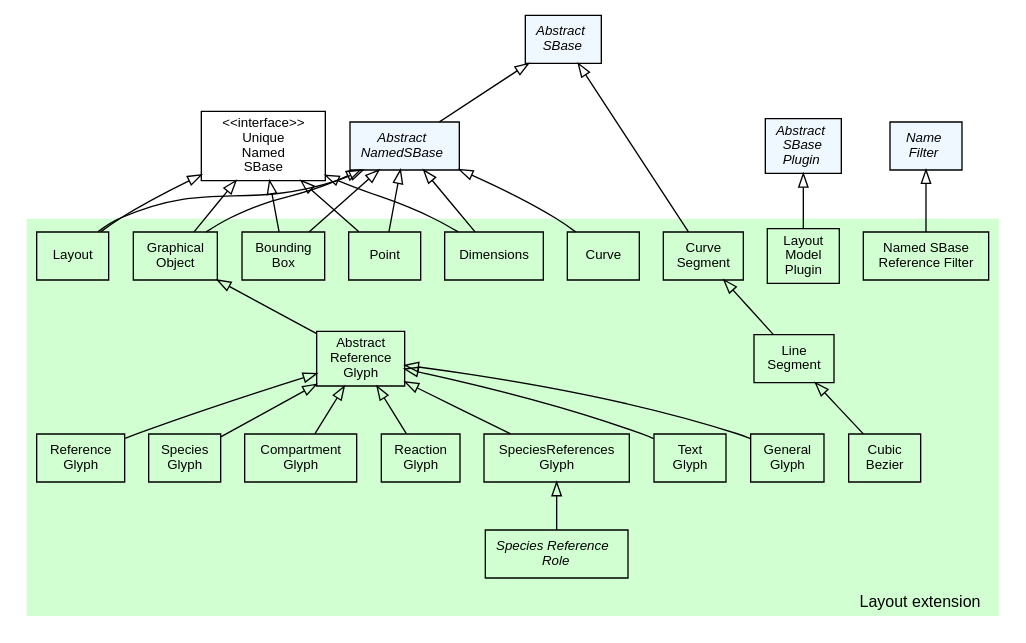
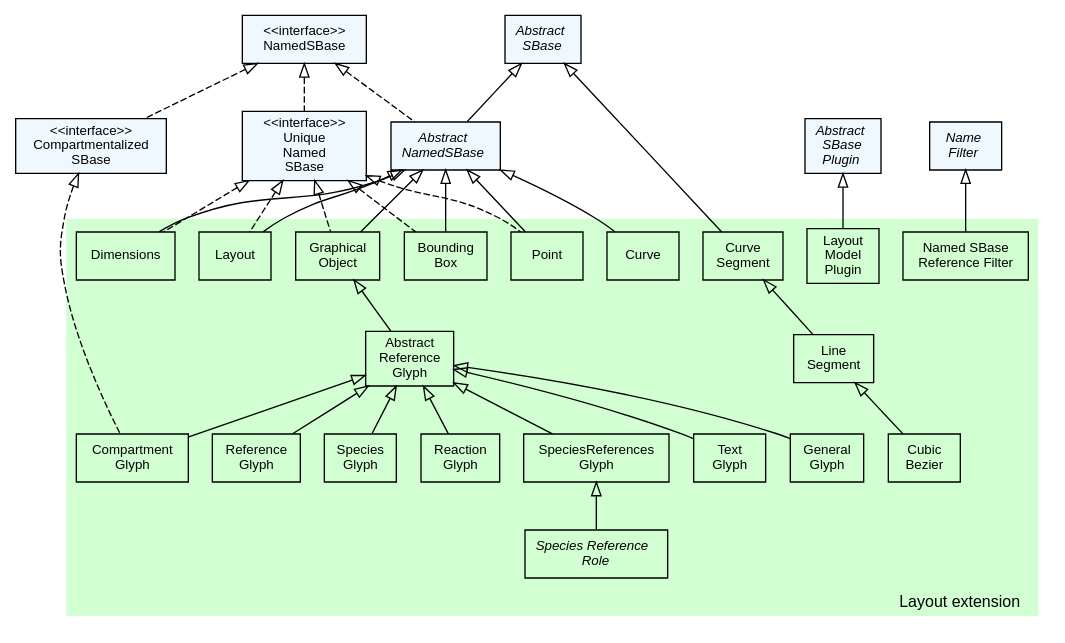
One commit to ChavaVennela/jsbml changed the diagram in extensions/layout/doc/img/type_hierarchy.dot. Above: the diagram before and after it, drawn with Graphviz. The commit also changed 54 other files, not shown here.

```diff
--- a/extensions/layout/doc/img/type_hierarchy.dot
+++ b/extensions/layout/doc/img/type_hierarchy.dot
@@ -1,127 +1,131 @@
 #!/usr/local/bin/dot
 #
 # dot -Tpdf type_hierarchy.dot -otype_hierarchy.pdf && acroread type_hierarchy.pdf &
 # dot -Tpng type_hierarchy.dot -otype_hierarchy.png
 #
 # $Id$
 # $URL$
 # $Rev$
 
 /*
  * Overview of the layout extension type hierarchy
  */
 
 strict digraph G{
 
 	 nodesep=0.25;
 	 ranksep=0.5;
 
 	 edge [
 	   fontname="Helvetica",
 	   fontsize=10,
 	   labelfontname="Helvetica",
 	   labelfontsize=10
 	 ];
 	 node [
 	   fontname="Helvetica",
 	   fontsize=10,
 	   shape=box
 	 ];
 
  	/*
  	 * Interfaces
  	 */
- 	
- 	UniqueNamedSBase                               [label="<<interface>>\nUnique\nNamed\nSBase"];
+ 	CompartmentalizedSBase                 [label="<<interface>>\nCompartmentalized\nSBase", style="filled", fillcolor="#F0F8FF"];
+ 	NamedSBase                             [label="<<interface>>\nNamedSBase", style="filled", fillcolor="#F0F8FF"];
+ 	UniqueNamedSBase                       [label="<<interface>>\nUnique\nNamed\nSBase", style="filled", fillcolor="#F0F8FF"];
 
 	 
-   /*
+  /*
    * Abstract data types
    */
   AbstractNamedSBase                       [label=<<font face="Helvetica-Oblique">Abstract<br/>NamedSBase</font>>, style="filled", fillcolor="#F0F8FF"];
   AbstractSBase                            [label=<<font face="Helvetica-Oblique">Abstract<br/>SBase</font>>, style="filled", fillcolor="#F0F8FF"];
   AbstractSBasePlugin                      [label=<<font face="Helvetica-Oblique">Abstract<br/>SBase<br/>Plugin</font>>, style="filled", fillcolor="#F0F8FF"];
   NameFilter		                       [label=<<font face="Helvetica-Oblique">Name<br/>Filter</font>>, style="filled", fillcolor="#F0F8FF"];
   
   
   /*********************
    * Inheritance graph *
    *********************/
   
   AbstractSBase -> AbstractNamedSBase      [dir=back,arrowtail=empty];
   
    
   subgraph clusterLayout {
     fontname="Helvetica";
     fontsize=12;
     style="filled";
     fillcolor="#d2ffd2"
     color="#ffffff"
     label="Layout extension";
     labelloc=b;
     labeljust=r;
 
     // Interfaces
 
     // Enums
     SpeciesReferenceRole                   [label=<<font face="Helvetica-Oblique">Species Reference<br/>Role</font>>];
     
     // Objects
     BoundingBox                            [label="Bounding\nBox"];
     CompartmentGlyph                       [label="Compartment\nGlyph"];
     CubicBezier                            [label="Cubic\nBezier"];
     Curve                                  [label="Curve"];
     CurveSegment                           [label="Curve\nSegment"];
     Dimensions                             [label="Dimensions"];
     LayoutModelPlugin                      [label="Layout\nModel\nPlugin"];
     GraphicalObject                        [label="Graphical\nObject"];
     Layout                                 [label="Layout"];
     LineSegment                            [label="Line\nSegment"];
     Point                                  [label="Point"];
     ReactionGlyph                          [label="Reaction\nGlyph"];
     SpeciesReferencesGlyph                 [label="SpeciesReferences\nGlyph"];
     TextGlyph                              [label="Text\nGlyph"];
     AbstractReferenceGlyph                 [label="Abstract\nReference\nGlyph"];
     GeneralGlyph                           [label="General\nGlyph"];
     ReferenceGlyph                         [label="Reference\nGlyph"];
     SpeciesGlyph                           [label="Species\nGlyph"];
     NamedSBaseReferenceFilter              [label="Named SBase\nReference Filter"];
                 
     /*
      * Inheritance graph
      */
      AbstractReferenceGlyph    -> CompartmentGlyph       	[dir=back,arrowtail=empty];
      AbstractReferenceGlyph    -> GeneralGlyph       		[dir=back,arrowtail=empty];
      AbstractReferenceGlyph    -> ReactionGlyph          	[dir=back,arrowtail=empty];
      AbstractReferenceGlyph    -> ReferenceGlyph          	[dir=back,arrowtail=empty];     
      AbstractReferenceGlyph    -> SpeciesGlyph           	[dir=back,arrowtail=empty];
      AbstractReferenceGlyph    -> SpeciesReferencesGlyph 	[dir=back,arrowtail=empty];
      AbstractReferenceGlyph    -> TextGlyph 				[dir=back,arrowtail=empty];
-     GraphicalObject    -> AbstractReferenceGlyph           [dir=back,arrowtail=empty];
-     LineSegment        -> CubicBezier            			[dir=back,arrowtail=empty];
-     CurveSegment        -> LineSegment            			[dir=back,arrowtail=empty];
-     SpeciesReferencesGlyph	-> SpeciesReferenceRole			[dir=back,arrowtail=empty];
+     GraphicalObject           -> AbstractReferenceGlyph    [dir=back,arrowtail=empty];
+     LineSegment               -> CubicBezier            	[dir=back,arrowtail=empty];
+     CurveSegment              -> LineSegment            	[dir=back,arrowtail=empty];
+     SpeciesReferencesGlyph    -> SpeciesReferenceRole		[dir=back,arrowtail=empty];
 
    }
    
    /*********************
     * Inheritance graph *
     *********************/
    
-   AbstractNamedSBase -> BoundingBox            [dir=back,arrowtail=empty];
-   AbstractNamedSBase -> Curve                  [dir=back,arrowtail=empty];
-   AbstractSBase -> CurveSegment                [dir=back,arrowtail=empty];
-   AbstractNamedSBase -> Dimensions             [dir=back,arrowtail=empty];
-   AbstractNamedSBase -> GraphicalObject        [dir=back,arrowtail=empty];
-   AbstractNamedSBase -> Layout                 [dir=back,arrowtail=empty];
-   AbstractNamedSBase -> Point                  [dir=back,arrowtail=empty];
-   AbstractSBasePlugin -> LayoutModelPlugin		[dir=back,arrowtail=empty];    
-   UniqueNamedSBase -> BoundingBox           	[dir=back,arrowtail=empty];
-   UniqueNamedSBase -> Dimensions        	    [dir=back,arrowtail=empty];
-   UniqueNamedSBase -> GraphicalObject	        [dir=back,arrowtail=empty];
-   UniqueNamedSBase -> Layout            		[dir=back,arrowtail=empty];
-   UniqueNamedSBase -> Point	            	[dir=back,arrowtail=empty];
-   NameFilter -> NamedSBaseReferenceFilter      [dir=back,arrowtail=empty];
-   
+   AbstractNamedSBase     -> BoundingBox               [dir=back,arrowtail=empty];
+   AbstractNamedSBase     -> Curve                     [dir=back,arrowtail=empty];
+   AbstractSBase          -> CurveSegment              [dir=back,arrowtail=empty];
+   AbstractNamedSBase     -> Dimensions                [dir=back,arrowtail=empty];
+   AbstractNamedSBase     -> GraphicalObject           [dir=back,arrowtail=empty];
+   AbstractNamedSBase     -> Layout                    [dir=back,arrowtail=empty];
+   AbstractNamedSBase     -> Point                     [dir=back,arrowtail=empty];
+   AbstractSBasePlugin    -> LayoutModelPlugin		   [dir=back,arrowtail=empty];    
+   CompartmentalizedSBase -> CompartmentGlyph          [dir=back,arrowtail=empty,style=dashed];
+   NamedSBase             -> AbstractNamedSBase        [dir=back,arrowtail=empty,style=dashed];
+   NamedSBase             -> CompartmentalizedSBase    [dir=back,arrowtail=empty,style=dashed];
+   NamedSBase             -> UniqueNamedSBase          [dir=back,arrowtail=empty,style=dashed];
+   UniqueNamedSBase       -> BoundingBox           	   [dir=back,arrowtail=empty,style=dashed];
+   UniqueNamedSBase       -> Dimensions        	       [dir=back,arrowtail=empty,style=dashed];
+   UniqueNamedSBase       -> GraphicalObject	       [dir=back,arrowtail=empty,style=dashed];
+   UniqueNamedSBase       -> Layout            		   [dir=back,arrowtail=empty,style=dashed];
+   UniqueNamedSBase       -> Point	            	   [dir=back,arrowtail=empty,style=dashed];
+   NameFilter             -> NamedSBaseReferenceFilter [dir=back,arrowtail=empty];
 
 }
```
